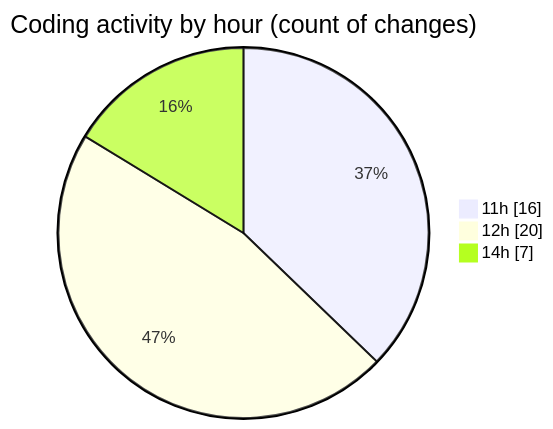
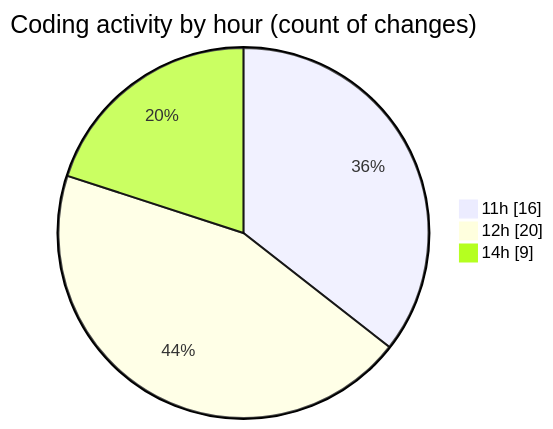
Before and after one commit to Netris89/code-tracking: the second of 2 diagrams in 2025-03-26/back-end/README.md, drawn with Mermaid. The commit also changed other lines of this file and 1 other file, not shown here.

````diff
--- a/2025-03-26/back-end/README.md
+++ b/2025-03-26/back-end/README.md
@@ -50,7 +50,7 @@
 ```mermaid
 pie showData
 title Coding activity by hour (count of changes)
 "11h" : 16
 "12h" : 20
-"14h" : 7
+"14h" : 9
 ```
````
